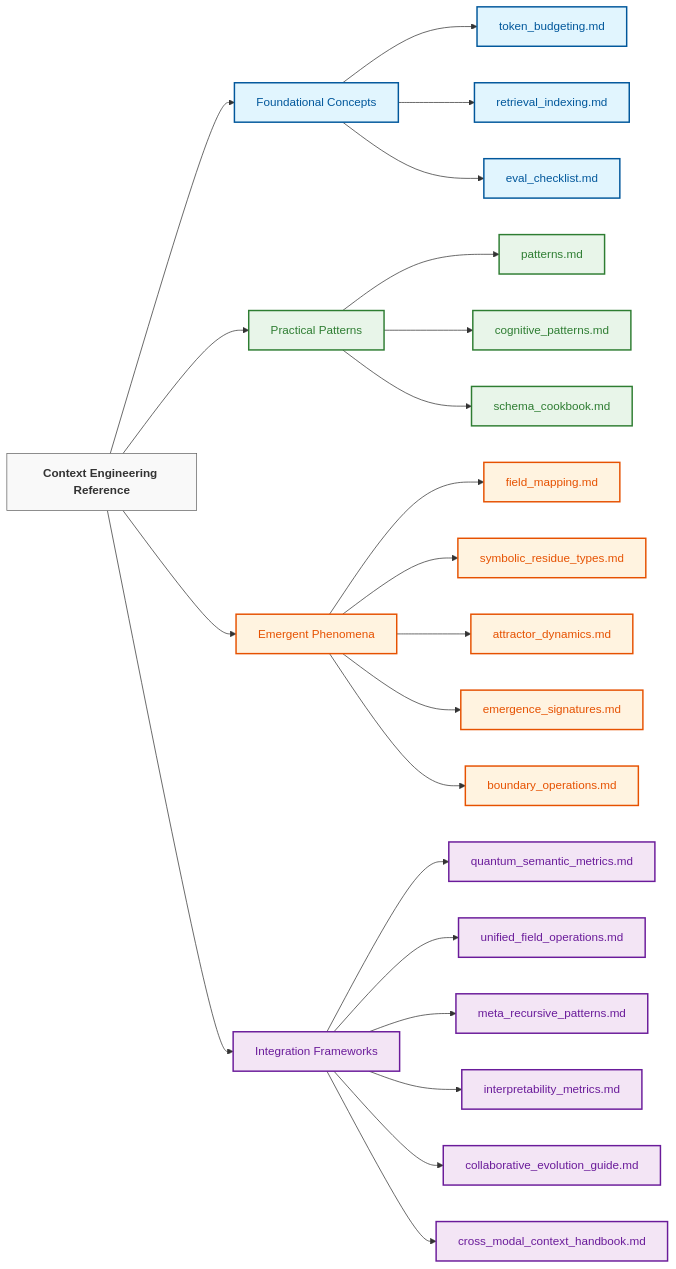
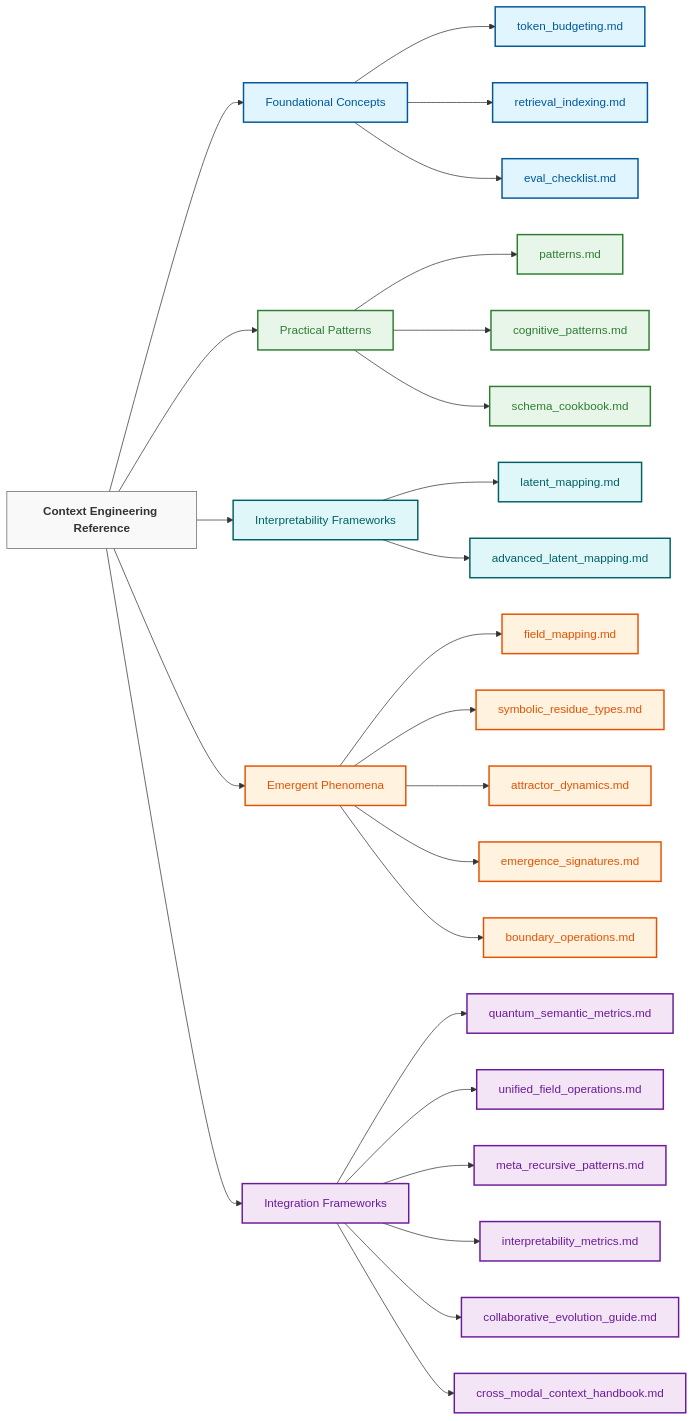
One commit to xuhaodev/Context-Engineering changed the diagram in 40_reference/README.md. Above: the diagram before and after it, drawn with Mermaid. The commit also changed other lines of this file, not shown here.

````diff
--- a/40_reference/README.md
+++ b/40_reference/README.md
@@ -48,49 +49,54 @@
 ```mermaid
-
 graph LR
     %% Main Categories
     Root[Context Engineering Reference]
     Root --> Foundation[Foundational Concepts]
     Root --> Patterns[Practical Patterns]
+    Root --> Interpret[Interpretability Frameworks]
     Root --> Phenomena[Emergent Phenomena] 
     Root --> Integration[Integration Frameworks]
     
     %% Foundational Concepts
     Foundation --> TokenBudget[token_budgeting.md]
     Foundation --> RetrievalIndex[retrieval_indexing.md]
     Foundation --> EvalChecklist[eval_checklist.md]
     
     %% Practical Patterns
     Patterns --> GenPatterns[patterns.md]
     Patterns --> CogPatterns[cognitive_patterns.md]
     Patterns --> SchemaBook[schema_cookbook.md]
+    
+    %% Interpretability Frameworks
+    Interpret --> LatentMap[latent_mapping.md]
+    Interpret --> AdvLatentMap[advanced_latent_mapping.md]
     
     %% Emergent Phenomena
     Phenomena --> FieldMap[field_mapping.md]
     Phenomena --> SymbolicResidue[symbolic_residue_types.md]
     Phenomena --> AttractorDynamics[attractor_dynamics.md]
     Phenomena --> EmergenceSignatures[emergence_signatures.md]
     Phenomena --> BoundaryOps[boundary_operations.md]
     
     %% Integration Frameworks
     Integration --> QuantumMetrics[quantum_semantic_metrics.md]
     Integration --> UnifiedOps[unified_field_operations.md]
     Integration --> MetaPatterns[meta_recursive_patterns.md]
     Integration --> InterpretMetrics[interpretability_metrics.md]
     Integration --> CollabEvolution[collaborative_evolution_guide.md]
     Integration --> CrossModal[cross_modal_context_handbook.md]
     
     %% Styling
     classDef category fill:#f9f9f9,stroke:#666,stroke-width:1px,color:#333,font-weight:bold
     classDef foundation fill:#e1f5fe,stroke:#01579b,stroke-width:2px,color:#01579b
     classDef patterns fill:#e8f5e9,stroke:#2e7d32,stroke-width:2px,color:#2e7d32
+    classDef interpret fill:#e0f7fa,stroke:#006064,stroke-width:2px,color:#006064
     classDef phenomena fill:#fff3e0,stroke:#e65100,stroke-width:2px,color:#e65100
     classDef integration fill:#f3e5f5,stroke:#6a1b9a,stroke-width:2px,color:#6a1b9a
     
     class Root category
     class Foundation,TokenBudget,RetrievalIndex,EvalChecklist foundation
     class Patterns,GenPatterns,CogPatterns,SchemaBook patterns
+    class Interpret,LatentMap,AdvLatentMap interpret
     class Phenomena,FieldMap,SymbolicResidue,AttractorDynamics,EmergenceSignatures,BoundaryOps phenomena
     class Integration,QuantumMetrics,UnifiedOps,MetaPatterns,InterpretMetrics,CollabEvolution,CrossModal integration
-
 ```
````
